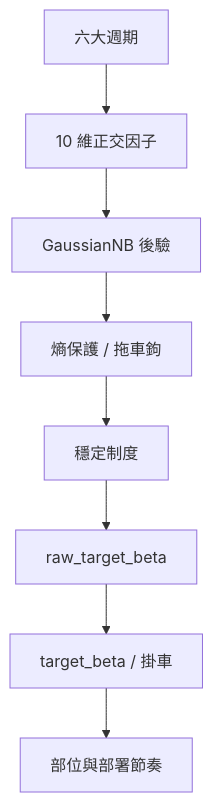
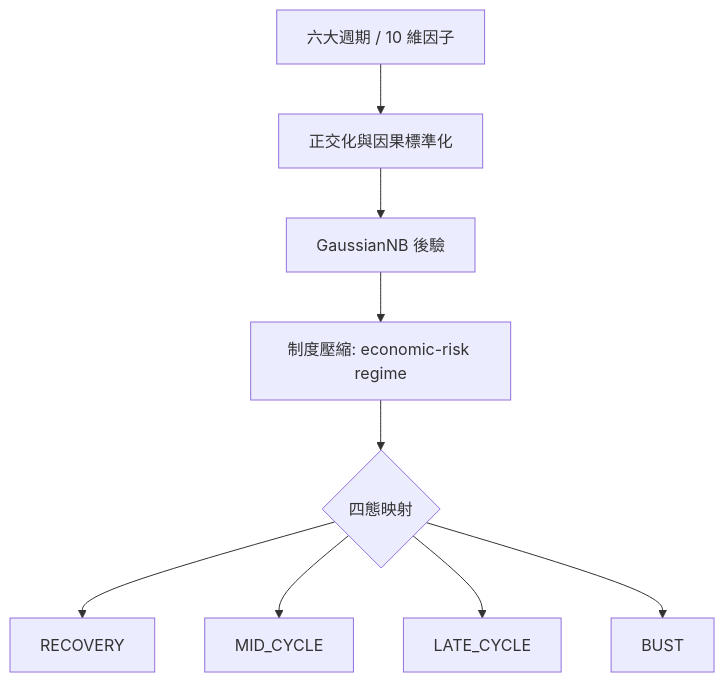
The third of 3 diagrams in docs/core/WIKI_TC.md (yutaofr/qqq-buyer-monitor), drawn with Mermaid before and after one commit. The commit also changed other lines of this file, not shown here.

````diff
--- a/docs/core/WIKI_TC.md
+++ b/docs/core/WIKI_TC.md
@@ -238,10 +123,11 @@
 ```mermaid
 flowchart TB
-    A[六大週期] --> B[10 維正交因子]
+    A[六大週期 / 10 維因子] --> B[正交化與因果標準化]
     B --> C[GaussianNB 後驗]
-    C --> D[熵保護 / 拖車鉤]
-    D --> E[穩定制度]
-    E --> F[raw_target_beta]
-    F --> G[target_beta / 掛車]
-    G --> H[部位與部署節奏]
+    C --> D[制度壓縮: economic-risk regime]
+    D --> E{四態映射}
+    E --> F[RECOVERY]
+    E --> G[MID_CYCLE]
+    E --> H[LATE_CYCLE]
+    E --> I[BUST]
 ```
````
